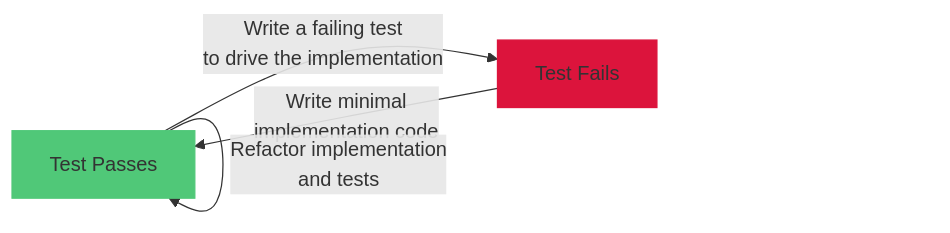
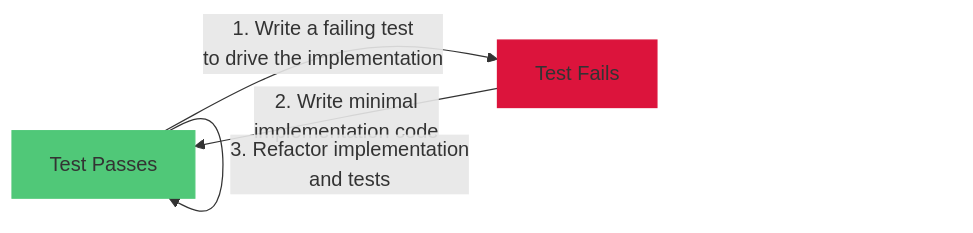
Before and after one commit to GautierBlandin/context-gpt: the diagram in docs/tdd.md, drawn with Mermaid. The commit also changed other lines of this file and 4 other files, not shown here.

````diff
--- a/docs/tdd.md
+++ b/docs/tdd.md
@@ -11,10 +9,10 @@
 ```mermaid
 graph LR
 
-Green[Test Passes] --Write a failing test \n to drive the implementation--> Red[Test Fails]
-Red --Write minimal \n implementation code-->Green
-Green --Refactor implementation \n and tests--> Green
+Green[Test Passes] --1. Write a failing test \n to drive the implementation--> Red[Test Fails]
+Red --2. Write minimal \n implementation code-->Green
+Green --3. Refactor implementation \n and tests--> Green
 
 style Red fill:#DC143C,stroke:#DC143C
 style Green fill:#50C878,stroke:#50C878
 ```
````
